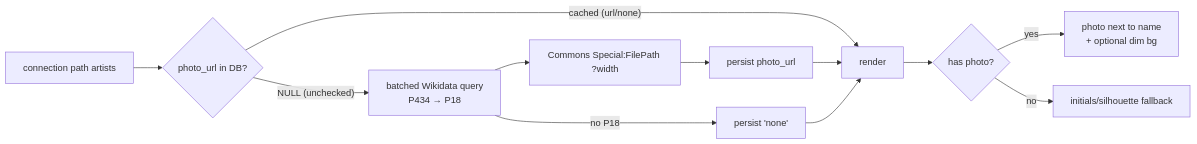
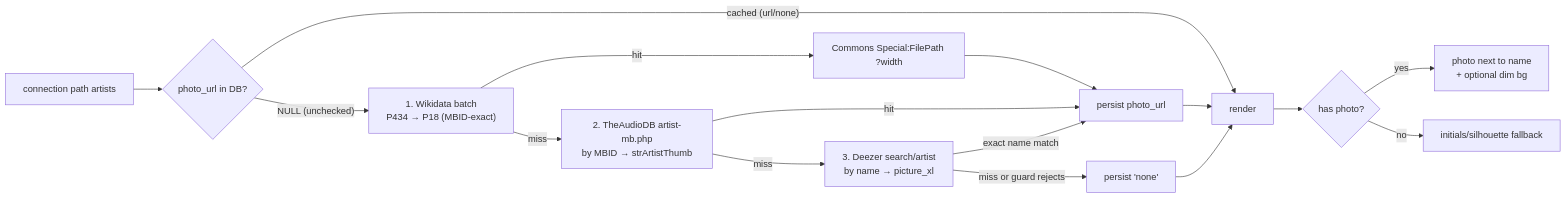
Before and after one commit to jorelsantos/six-degrees-kdot: the diagram in docs/plans/2026-07-06-010-feat-artist-photos-results-plan.md, drawn with Mermaid. The commit also changed other lines of this file and 19 other files, not shown here.

````diff
--- a/docs/plans/2026-07-06-010-feat-artist-photos-results-plan.md
+++ b/docs/plans/2026-07-06-010-feat-artist-photos-results-plan.md
@@ -88,13 +87,15 @@
 ```mermaid
 flowchart LR
     P[connection path artists] --> C{photo_url in DB?}
     C -- cached (url/none) --> R[render]
-    C -- NULL (unchecked) --> WD[batched Wikidata query<br/>P434 → P18]
-    WD --> COM[Commons Special:FilePath ?width]
-    WD -- no P18 --> N["persist 'none'"]
-    COM --> PER[persist photo_url] --> R
-    N --> R
+    C -- NULL (unchecked) --> WD["1. Wikidata batch<br/>P434 → P18 (MBID-exact)"]
+    WD -- hit --> COM[Commons Special:FilePath ?width] --> PER[persist photo_url] --> R
+    WD -- miss --> ADB["2. TheAudioDB artist-mb.php<br/>by MBID → strArtistThumb"]
+    ADB -- hit --> PER
+    ADB -- miss --> DZ["3. Deezer search/artist<br/>by name → picture_xl"]
+    DZ -- "exact name match" --> PER
+    DZ -- "miss or guard rejects" --> N["persist 'none'"] --> R
     R --> AV{has photo?}
     AV -- yes --> IMG[photo next to name<br/>+ optional dim bg]
     AV -- no --> FB[initials/silhouette fallback]
 ```
````
